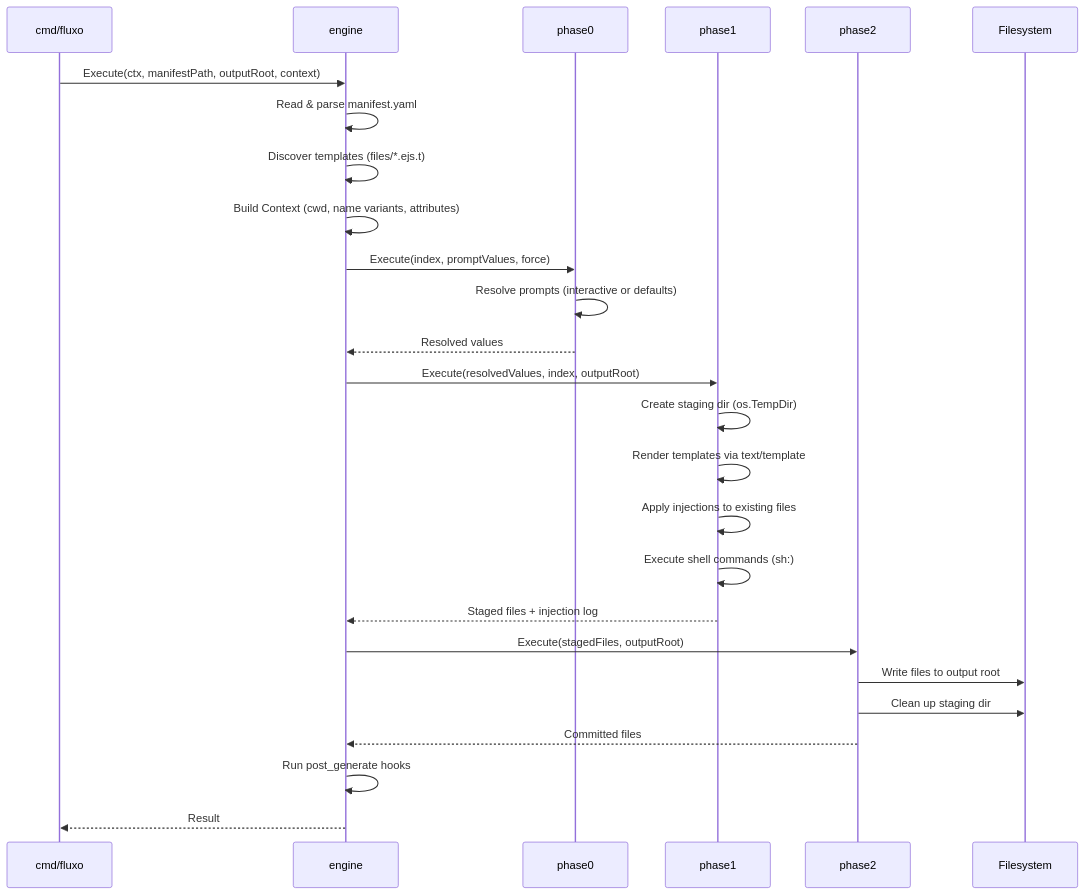
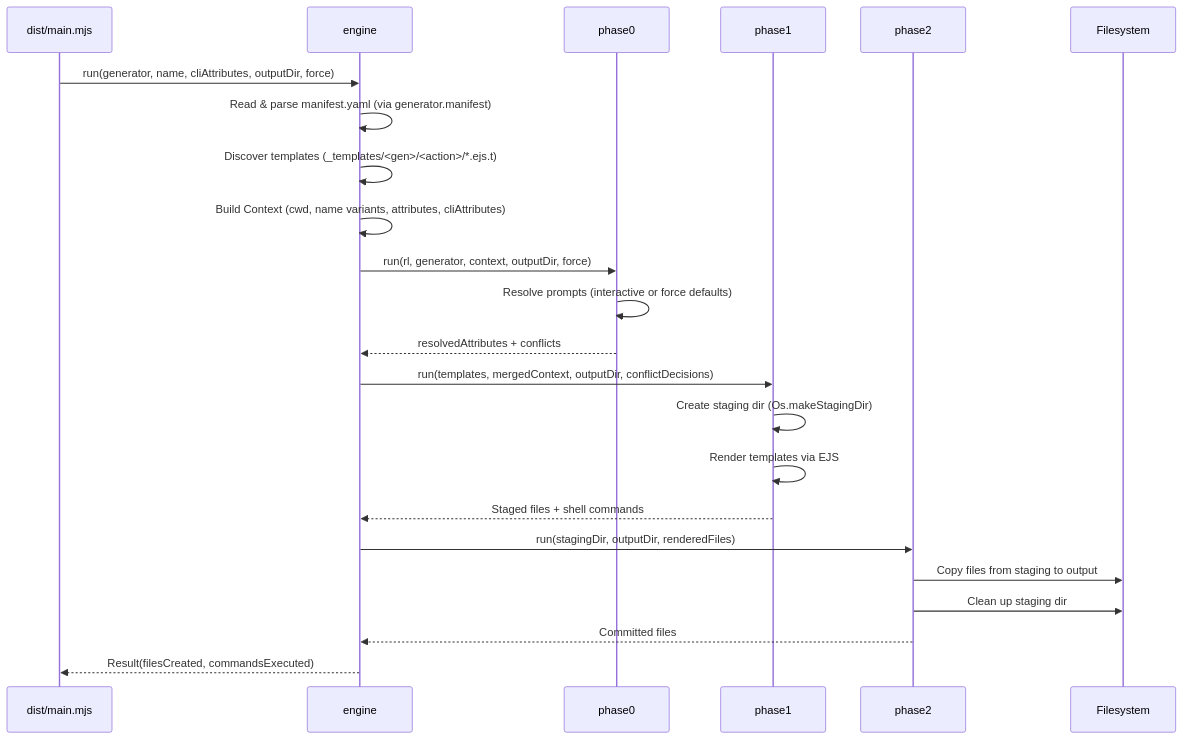
The first of 5 diagrams in docs/architecture.md (MetalbolicX/blueprint), drawn with Mermaid before and after one commit. The commit also changed other lines of this file and 32 other files, not shown here.

````diff
--- a/docs/architecture.md
+++ b/docs/architecture.md
@@ -5,33 +5,30 @@
 ```mermaid
 sequenceDiagram
-    participant CLI as cmd/fluxo
+    participant CLI as dist/main.mjs
     participant Engine as engine
     participant Phase0 as phase0
     participant Phase1 as phase1
     participant Phase2 as phase2
     participant FS as Filesystem
 
-    CLI->>Engine: Execute(ctx, manifestPath, outputRoot, context)
-    Engine->>Engine: Read & parse manifest.yaml
-    Engine->>Engine: Discover templates (files/*.ejs.t)
-    Engine->>Engine: Build Context (cwd, name variants, attributes)
+    CLI->>Engine: run(generator, name, cliAttributes, outputDir, force)
+    Engine->>Engine: Read & parse manifest.yaml (via generator.manifest)
+    Engine->>Engine: Discover templates (_templates/<gen>/<action>/*.ejs.t)
+    Engine->>Engine: Build Context (cwd, name variants, attributes, cliAttributes)
 
-    Engine->>Phase0: Execute(index, promptValues, force)
-    Phase0->>Phase0: Resolve prompts (interactive or defaults)
-    Phase0-->>Engine: Resolved values
+    Engine->>Phase0: run(rl, generator, context, outputDir, force)
+    Phase0->>Phase0: Resolve prompts (interactive or force defaults)
+    Phase0-->>Engine: resolvedAttributes + conflicts
 
-    Engine->>Phase1: Execute(resolvedValues, index, outputRoot)
-    Phase1->>Phase1: Create staging dir (os.TempDir)
-    Phase1->>Phase1: Render templates via text/template
-    Phase1->>Phase1: Apply injections to existing files
-    Phase1->>Phase1: Execute shell commands (sh:)
-    Phase1-->>Engine: Staged files + injection log
+    Engine->>Phase1: run(templates, mergedContext, outputDir, conflictDecisions)
+    Phase1->>Phase1: Create staging dir (Os.makeStagingDir)
+    Phase1->>Phase1: Render templates via EJS
+    Phase1-->>Engine: Staged files + shell commands
 
-    Engine->>Phase2: Execute(stagedFiles, outputRoot)
-    Phase2->>FS: Write files to output root
+    Engine->>Phase2: run(stagingDir, outputDir, renderedFiles)
+    Phase2->>FS: Copy files from staging to output
     Phase2->>FS: Clean up staging dir
     Phase2-->>Engine: Committed files
 
-    Engine->>Engine: Run post_generate hooks
-    Engine-->>CLI: Result
+    Engine-->>CLI: Result(filesCreated, commandsExecuted)
 ```
````
